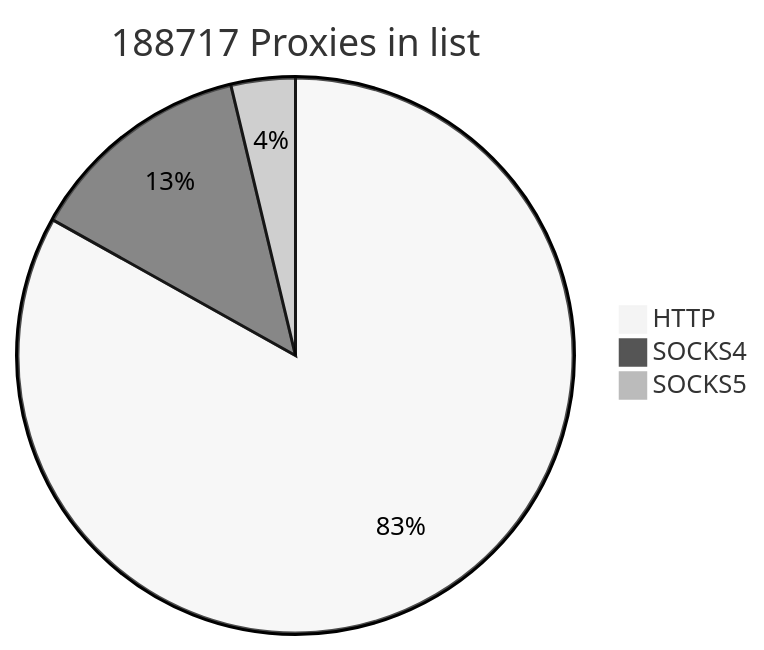
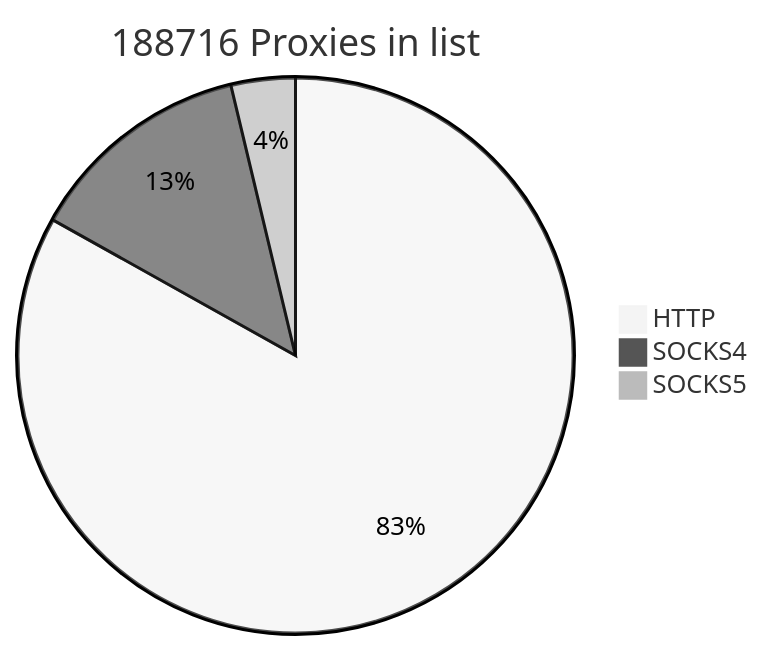
One commit to cutipu/proxylist changed the first of 2 diagrams in README.md. Above: the diagram before and after it, drawn with Mermaid (neutral theme). The commit also changed other lines of this file, not shown here.

````diff
--- a/README.md
+++ b/README.md
@@ -2,7 +2,7 @@
 ```mermaid
-pie title 188717 Proxies in list
+pie title 188716 Proxies in list
     "HTTP" : 156849
     "SOCKS4" : 24817
-    "SOCKS5" : 7051
+    "SOCKS5" : 7050
             
 ```
````
